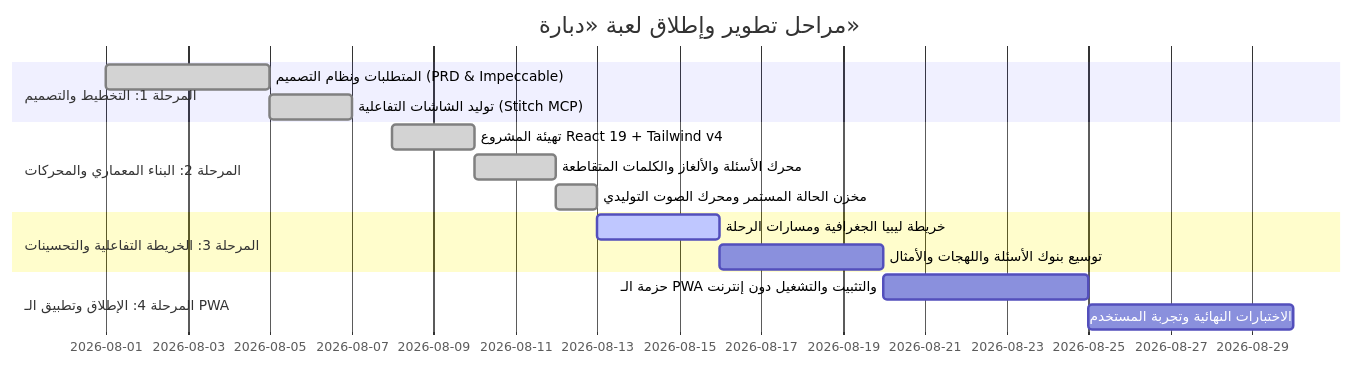
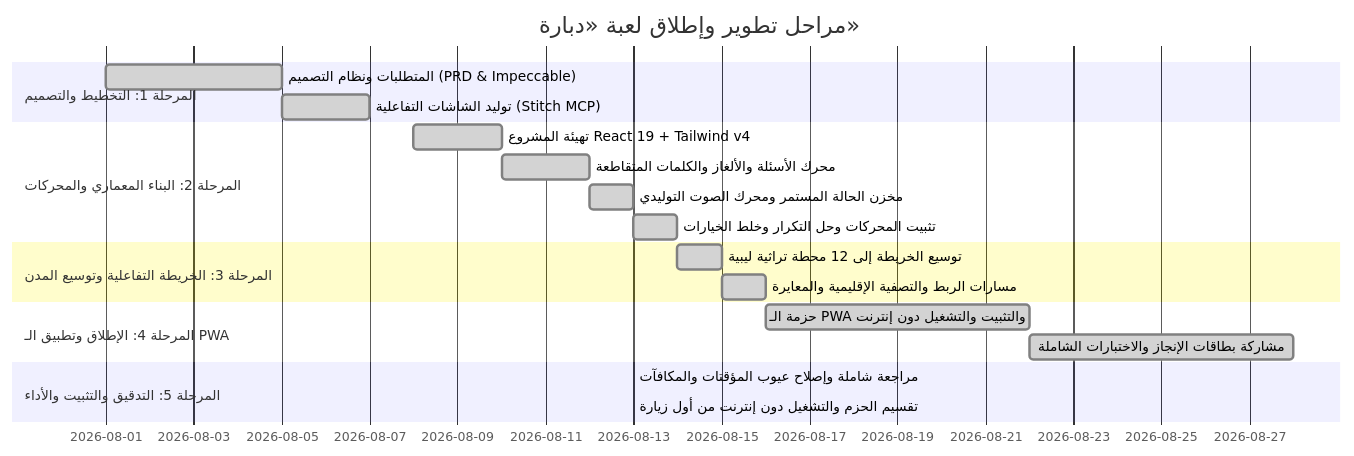
The diagram in roadmap.md (malgaroshy-maker/Dbara-game), drawn with Mermaid before and after one commit. The commit also changed other lines of this file and 37 other files, not shown here.

````diff
--- a/roadmap.md
+++ b/roadmap.md
@@ -7,18 +7,22 @@
 ```mermaid
 gantt
     title مراحل تطوير وإطلاق لعبة «دبارة»
     dateFormat  YYYY-MM-DD
     section المرحلة 1: التخطيط والتصميم
     المتطلبات ونظام التصميم (PRD & Impeccable) :done, des1, 2026-08-01, 2026-08-05
     توليد الشاشات التفاعلية (Stitch MCP)      :done, des2, 2026-08-05, 2026-08-07
     section المرحلة 2: البناء المعماري والمحركات
     تهيئة المشروع React 19 + Tailwind v4      :done, dev1, 2026-08-08, 2026-08-10
     محرك الأسئلة والألغاز والكلمات المتقاطعة  :done, dev2, 2026-08-10, 2026-08-12
     مخزن الحالة المستمر ومحرك الصوت التوليدي :done, dev3, 2026-08-12, 2026-08-13
-    section المرحلة 3: الخريطة التفاعلية والتحسينات
-    خريطة ليبيا الجغرافية ومسارات الرحلة       :active, map1, 2026-08-13, 2026-08-16
-    توسيع بنوك الأسئلة واللهجات والأمثال      :map2, 2026-08-16, 2026-08-20
+    تثبيت المحركات وحل التكرار وخلط الخيارات  :done, dev4, 2026-08-13, 2026-08-14
+    section المرحلة 3: الخريطة التفاعلية وتوسيع المدن
+    توسيع الخريطة إلى 12 محطة تراثية ليبية    :done, map1, 2026-08-14, 2026-08-15
+    مسارات الربط والتصفية الإقليمية والمعايرة :done, map2, 2026-08-15, 2026-08-16
     section المرحلة 4: الإطلاق وتطبيق الـ PWA
-    حزمة الـ PWA والتثبيت والتشغيل دون إنترنت :pwa1, 2026-08-20, 2026-08-25
-    الاختبارات النهائية وتجربة المستخدم       :pwa2, 2026-08-25, 2026-08-30
+    حزمة الـ PWA والتثبيت والتشغيل دون إنترنت :done, pwa1, 2026-08-16, 2026-08-22
+    مشاركة بطاقات الإنجاز والاختبارات الشاملة :done, pwa2, 2026-08-22, 2026-08-28
+    section المرحلة 5: التدقيق والتثبيت والأداء
+    مراجعة شاملة وإصلاح عيوب المؤقتات والمكافآت :done, qa1, 2026-08-13, 2026-08-13
+    تقسيم الحزم والتشغيل دون إنترنت من أول زيارة :done, qa2, 2026-08-13, 2026-08-13
 ```
````
